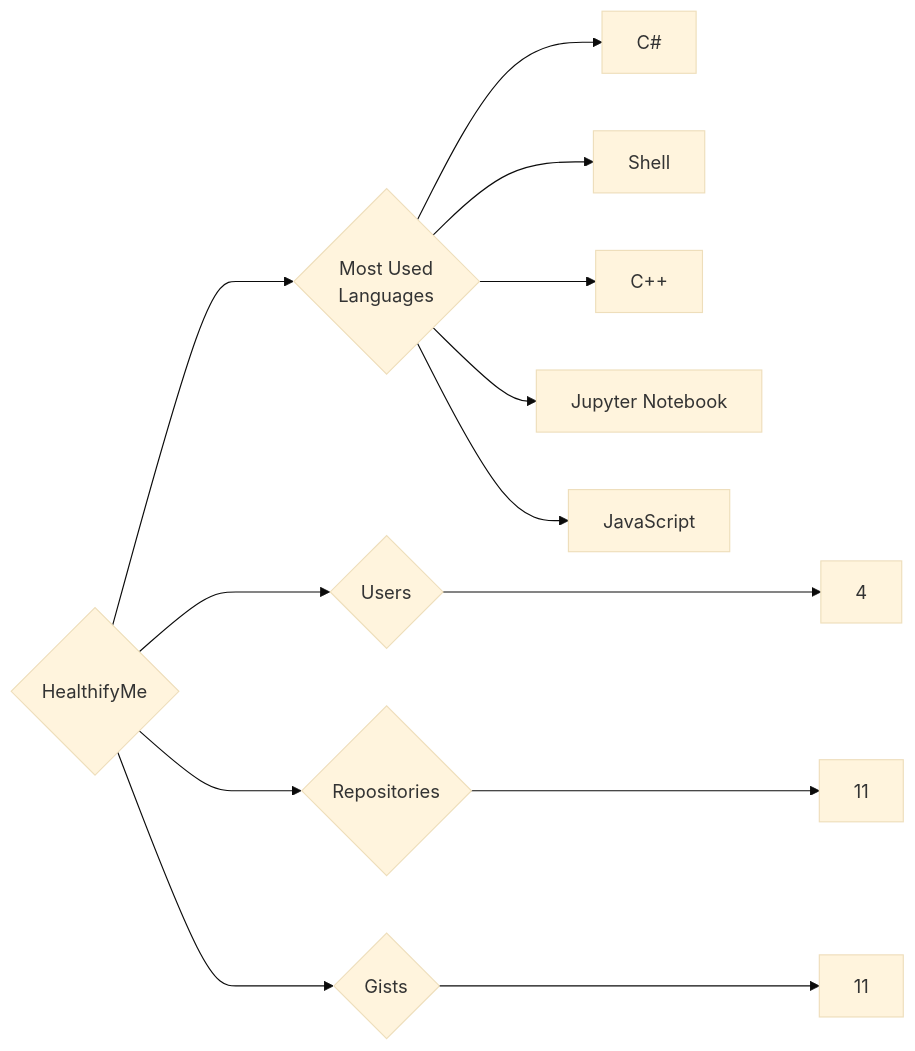
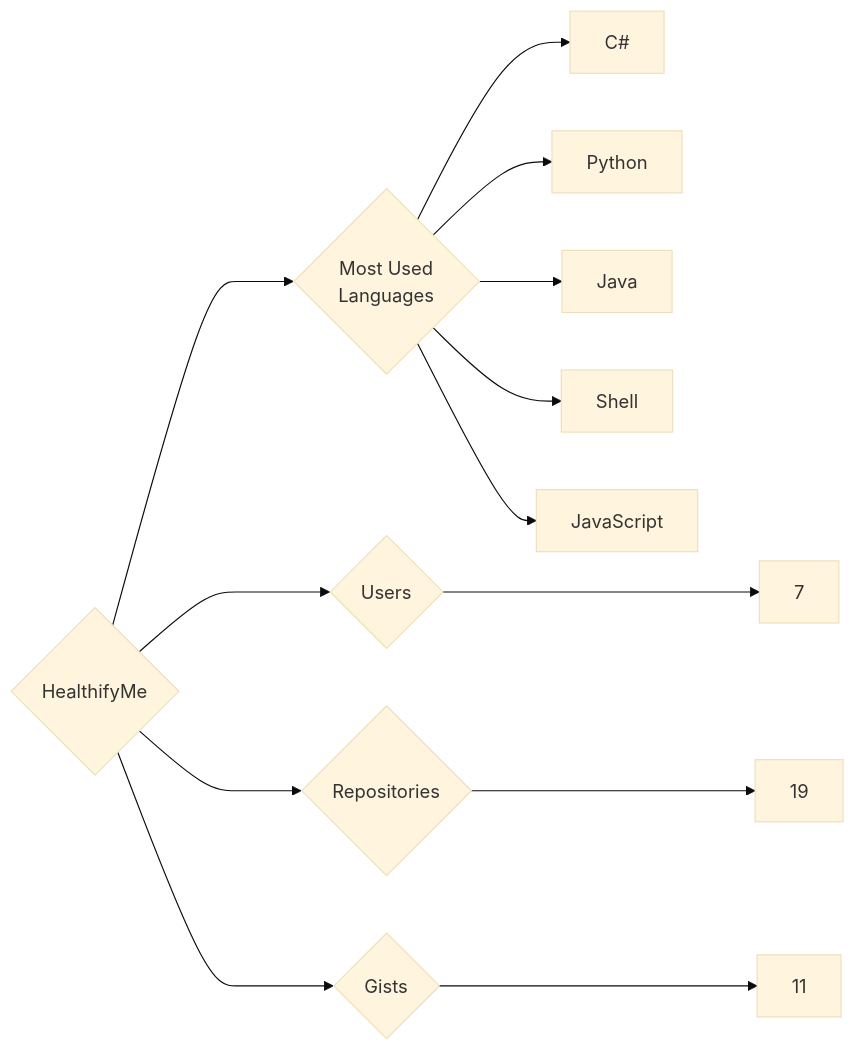
Before and after one commit to trickest/insiders: the diagram in targets/HealthifyMe/README.md, drawn with Mermaid (base theme). The commit also changed 1092 other files, not shown here.

````diff
--- a/targets/HealthifyMe/README.md
+++ b/targets/HealthifyMe/README.md
@@ -3,13 +3,13 @@
 ```mermaid
 graph LR
 COMPANY_NAME{HealthifyMe}
-COMPANY_NAME ---> U{Users} ---> UN[4]
-COMPANY_NAME ---> R{Repositories} ---> RN[11]
+COMPANY_NAME ---> U{Users} ---> UN[7]
+COMPANY_NAME ---> R{Repositories} ---> RN[19]
 COMPANY_NAME ---> G{Gists} ---> GN[11]
 COMPANY_NAME ---> ML{Most Used<br>Languages}
 ML --> C#[C#]
+ML --> Python[Python]
+ML --> Java[Java]
 ML --> Shell[Shell]
-ML --> C++[C++]
-ML --> Jupyter_Notebook[Jupyter Notebook]
 ML --> JavaScript[JavaScript]
 ```
````
